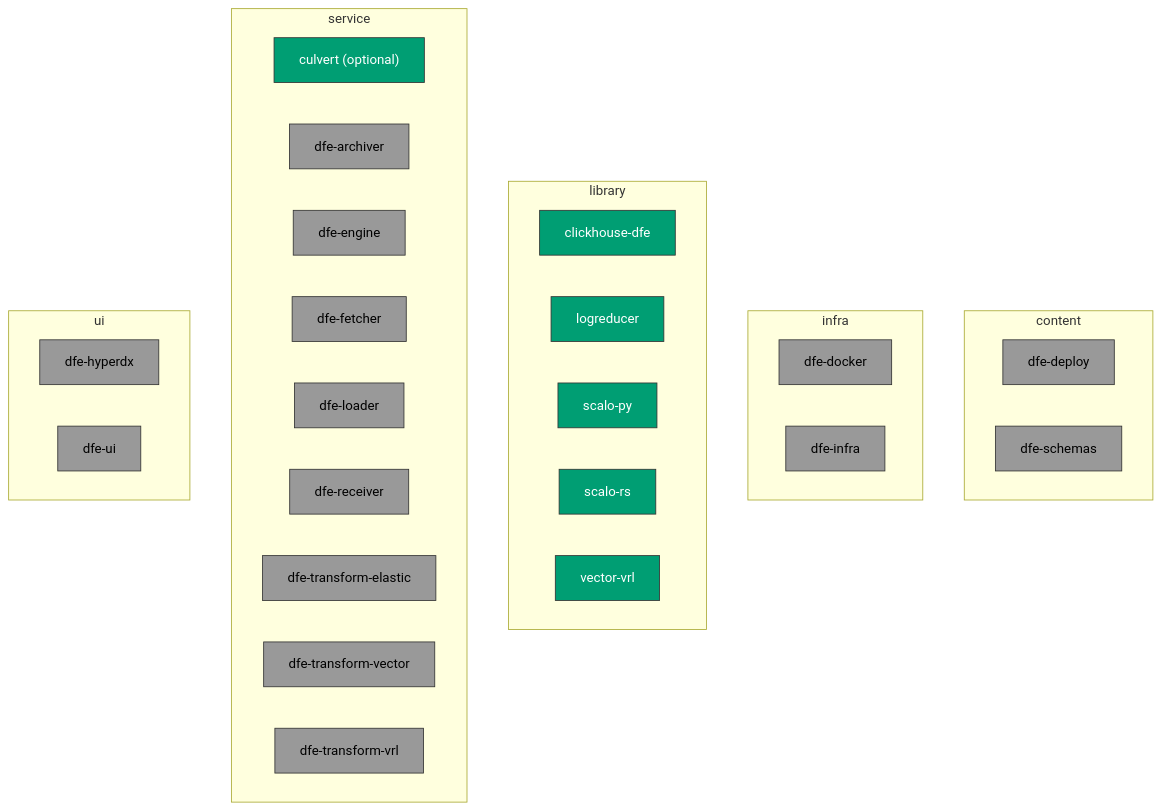
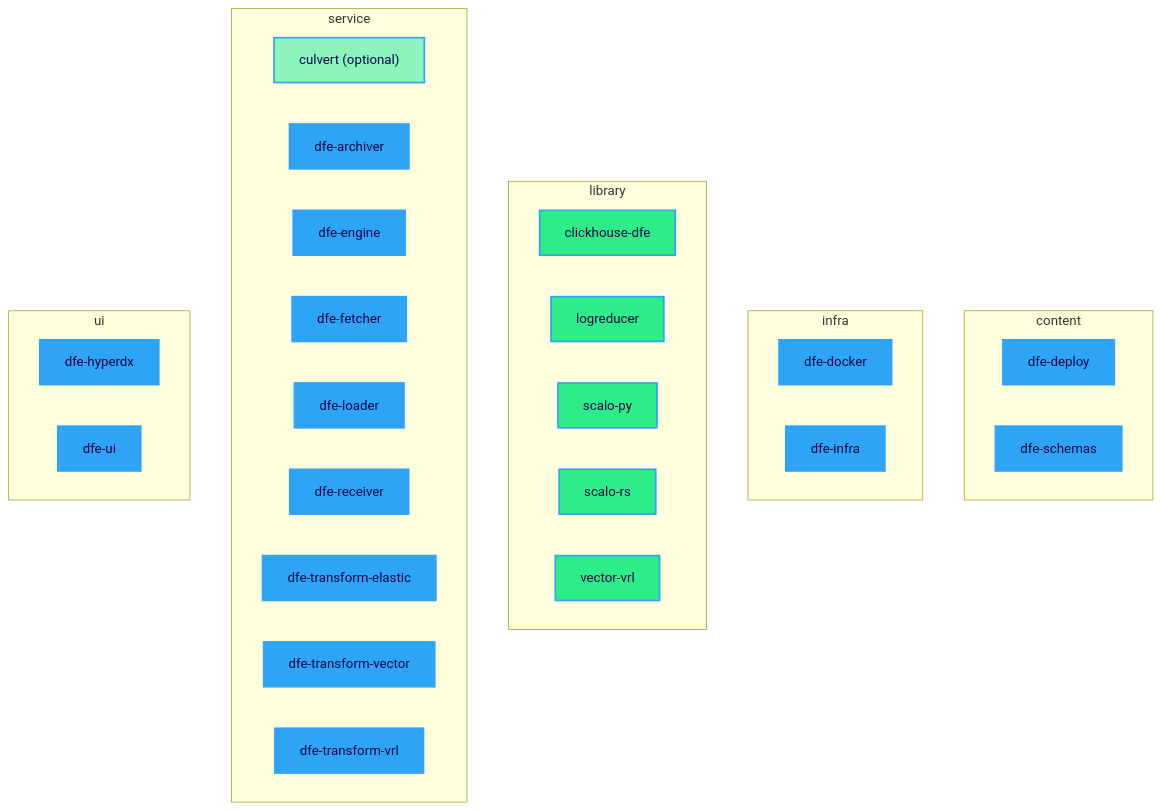
Before and after one commit to hyperi-io/dfe-infra: the first of 17 diagrams in docs/suite-graph.md, drawn with Mermaid. The commit also changed other lines of this file and 2 other files, not shown here.

First line of the commit message:
fix: draw the suite graph in the corporate palette

````diff
--- a/docs/suite-graph.md
+++ b/docs/suite-graph.md
@@ -60,41 +60,43 @@
 ```mermaid
 flowchart TB
   subgraph content["content"]
     direction LR
     dfe_deploy["dfe-deploy"]:::suite
     dfe_schemas["dfe-schemas"]:::suite
   end
   subgraph infra["infra"]
     direction LR
     dfe_docker["dfe-docker"]:::suite
     dfe_infra["dfe-infra"]:::suite
   end
   subgraph library["library"]
     direction LR
     clickhouse_dfe["clickhouse-dfe"]:::general
     logreducer["logreducer"]:::general
     scalo_py["scalo-py"]:::general
     scalo_rs["scalo-rs"]:::general
     vector_vrl["vector-vrl"]:::general
   end
   subgraph service["service"]
     direction LR
-    culvert["culvert (optional)"]:::general
+    culvert["culvert (optional)"]:::general-optional
     dfe_archiver["dfe-archiver"]:::suite
     dfe_engine["dfe-engine"]:::suite
     dfe_fetcher["dfe-fetcher"]:::suite
     dfe_loader["dfe-loader"]:::suite
     dfe_receiver["dfe-receiver"]:::suite
     dfe_transform_elastic["dfe-transform-elastic"]:::suite
     dfe_transform_vector["dfe-transform-vector"]:::suite
     dfe_transform_vrl["dfe-transform-vrl"]:::suite
   end
   subgraph ui["ui"]
     direction LR
     dfe_hyperdx["dfe-hyperdx"]:::suite
     dfe_ui["dfe-ui"]:::suite
   end
-  classDef general fill:#009E73,stroke:#333,color:#fff
-  classDef suite fill:#999999,stroke:#333,color:#000
-  classDef producer fill:#E69F00,stroke:#333,color:#000
+  classDef general fill:#2DED88,stroke:#2EA4F6,stroke-width:2px,color:#000647
+  classDef suite fill:#2EA4F6,stroke:#2EA4F6,stroke-width:2px,color:#000647
+  classDef producer fill:#000647,stroke:#2EA4F6,stroke-width:3px,color:#FFFFFF
+  classDef general-optional fill:#8CF5BE,stroke:#2EA4F6,stroke-width:2px,color:#000647
+  classDef suite-optional fill:#8CCDFA,stroke:#2EA4F6,stroke-width:2px,color:#000647
 ```
````
